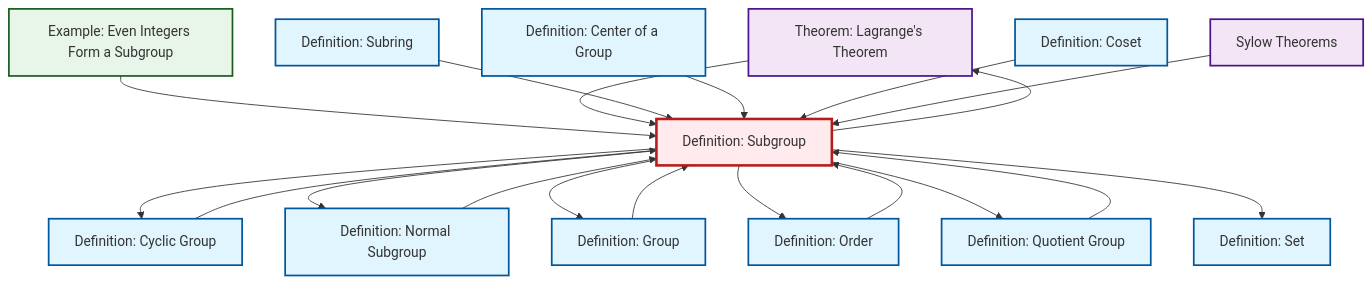
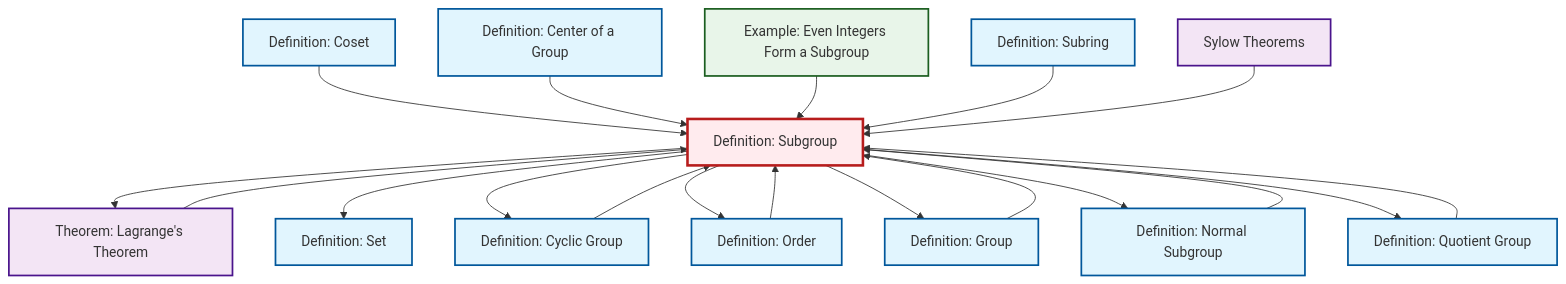
Before and after one commit to RK0429/ModernMath: the diagram in content/en/algebra/def-subgroup.qmd, drawn with Mermaid. The commit also changed other lines of this file and 1012 other files, not shown here.

````diff
--- a/content/en/algebra/def-subgroup.qmd
+++ b/content/en/algebra/def-subgroup.qmd
@@ -53,53 +53,53 @@
 ```{mermaid}
 %%| fig-cap: "Local dependency graph"
 graph TD
     classDef definition fill:#e1f5fe,stroke:#01579b,stroke-width:2px
     classDef theorem fill:#f3e5f5,stroke:#4a148c,stroke-width:2px
     classDef axiom fill:#fff3e0,stroke:#e65100,stroke-width:2px
     classDef example fill:#e8f5e9,stroke:#1b5e20,stroke-width:2px
     classDef current fill:#ffebee,stroke:#b71c1c,stroke-width:3px
+    def-subgroup["Definition: Subgroup"]:::definition
+    def-subring["Definition: Subring"]:::definition
+    def-cyclic-group["Definition: Cyclic Group"]:::definition
+    def-order["Definition: Order"]:::definition
     def-set["Definition: Set"]:::definition
     thm-lagrange["Theorem: Lagrange's Theorem"]:::theorem
-    def-cyclic-group["Definition: Cyclic Group"]:::definition
+    thm-sylow["Sylow Theorems"]:::theorem
     def-normal-subgroup["Definition: Normal Subgroup"]:::definition
-    thm-sylow["Sylow Theorems"]:::theorem
-    def-order["Definition: Order"]:::definition
-    ex-even-integers-subgroup["Example: Even Integers Form a Subgroup"]:::example
-    def-subgroup["Definition: Subgroup"]:::definition
-    def-quotient-group["Definition: Quotient Group"]:::definition
     def-center-of-group["Definition: Center of a Group"]:::definition
     def-coset["Definition: Coset"]:::definition
-    def-subring["Definition: Subring"]:::definition
+    def-quotient-group["Definition: Quotient Group"]:::definition
     def-group["Definition: Group"]:::definition
+    ex-even-integers-subgroup["Example: Even Integers Form a Subgroup"]:::example
+    def-coset --> def-subgroup
+    def-center-of-group --> def-subgroup
+    ex-even-integers-subgroup --> def-subgroup
     def-order --> def-subgroup
+    def-normal-subgroup --> def-subgroup
+    def-group --> def-subgroup
+    def-subgroup --> thm-lagrange
+    def-subgroup --> def-set
     def-subgroup --> def-cyclic-group
-    ex-even-integers-subgroup --> def-subgroup
+    def-subring --> def-subgroup
+    thm-sylow --> def-subgroup
+    thm-lagrange --> def-subgroup
+    def-cyclic-group --> def-subgroup
+    def-subgroup --> def-order
+    def-subgroup --> def-group
+    def-quotient-group --> def-subgroup
     def-subgroup --> def-normal-subgroup
-    thm-lagrange --> def-subgroup
-    def-subgroup --> def-group
-    def-subring --> def-subgroup
-    def-center-of-group --> def-subgroup
-    def-coset --> def-subgroup
-    def-subgroup --> def-order
-    def-quotient-group --> def-subgroup
-    def-group --> def-subgroup
-    def-normal-subgroup --> def-subgroup
     def-subgroup --> def-quotient-group
-    def-subgroup --> def-set
-    thm-sylow --> def-subgroup
-    def-cyclic-group --> def-subgroup
-    def-subgroup --> thm-lagrange
     class def-subgroup current
+    click def-subring "def-subring.html" "Go to Subring definition"
+    click def-cyclic-group "def-cyclic-group.html" "Go to Cyclic Group definition"
+    click def-order "def-order.html" "Go to Order definition"
     click def-set "def-set.html" "Go to Set definition"
     click thm-lagrange "thm-lagrange.html" "Go to Lagrange's Theorem theorem"
-    click def-cyclic-group "def-cyclic-group.html" "Go to Cyclic Group definition"
+    click thm-sylow "thm-sylow.html" "Go to Sylow Theorems"
     click def-normal-subgroup "def-normal-subgroup.html" "Go to Normal Subgroup definition"
-    click thm-sylow "thm-sylow.html" "Go to Sylow Theorems"
-    click def-order "def-order.html" "Go to Order definition"
-    click ex-even-integers-subgroup "ex-even-integers-subgroup.html" "Go to Even Integers Form a Subgroup example"
-    click def-quotient-group "def-quotient-group.html" "Go to Quotient Group definition"
     click def-center-of-group "def-center-of-group.html" "Go to Center of a Group definition"
     click def-coset "def-coset.html" "Go to Coset definition"
-    click def-subring "def-subring.html" "Go to Subring definition"
+    click def-quotient-group "def-quotient-group.html" "Go to Quotient Group definition"
     click def-group "def-group.html" "Go to Group definition"
+    click ex-even-integers-subgroup "ex-even-integers-subgroup.html" "Go to Even Integers Form a Subgroup example"
 ```
````
